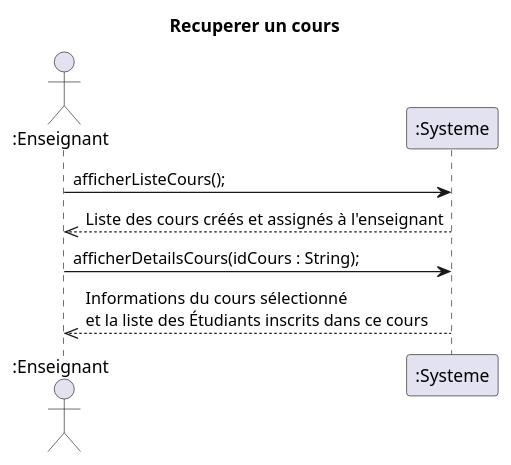
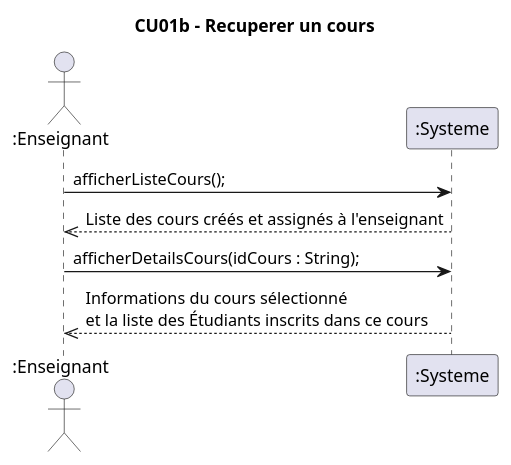
One commit to xMrYahya/moodle-clone changed the diagram in docs/modeles/cu01/dss-recuperer-cours.puml. Above: the diagram before and after it, drawn with PlantUML. The commit also changed 10 other files, not shown here.

```diff
--- a/docs/modeles/cu01/dss-recuperer-cours.puml
+++ b/docs/modeles/cu01/dss-recuperer-cours.puml
@@ -1,12 +1,12 @@
 @startuml
-title Recuperer un cours
+title CU01b - Recuperer un cours
 actor ":Enseignant" as e
 participant ":Systeme" as s
 
 e->s : afficherListeCours();
 s-->>e : Liste des cours créés et assignés à l'enseignant
 
 e->s : afficherDetailsCours(idCours : String);
 s-->>e : Informations du cours sélectionné \net la liste des Étudiants inscrits dans ce cours
 
 @enduml
```
